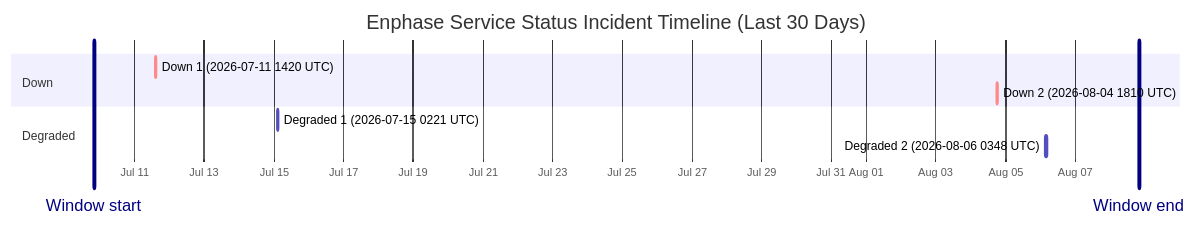
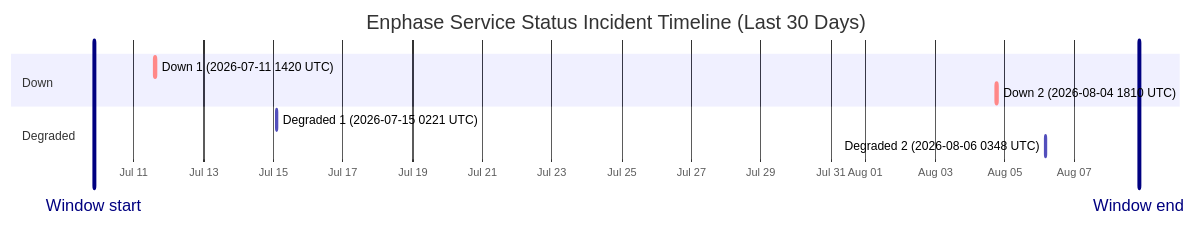
The diagram in wiki/Service-Status-History.md (barneyonline/ha-enphase-energy), drawn with Mermaid before and after one commit. The commit also changed other lines of this file and 3 other files, not shown here.

````diff
--- a/wiki/Service-Status-History.md
+++ b/wiki/Service-Status-History.md
@@ -14,14 +14,14 @@
 ```mermaid
 gantt
     title Enphase Service Status Incident Timeline (Last 30 Days)
     dateFormat  YYYY-MM-DDTHH:mm:ss
     axisFormat  %b %d
-    Window start :vert, window-start, 2026-07-09T19:55:37, 0ms
-    Window end :vert, window-end, 2026-08-08T19:55:37, 0ms
+    Window start :vert, window-start, 2026-07-09T20:28:15, 0ms
+    Window end :vert, window-end, 2026-08-08T20:28:15, 0ms
     section Down
     Down 1 (2026-07-11 1420 UTC) :crit, down-1, 2026-07-11T14:20:54, 69m
     Down 2 (2026-08-04 1810 UTC) :crit, down-2, 2026-08-04T18:10:46, 60m
     section Degraded
     Degraded 1 (2026-07-15 0221 UTC) :active, degraded-1, 2026-07-15T02:21:35, 60m
     Degraded 2 (2026-08-06 0348 UTC) :active, degraded-2, 2026-08-06T03:48:14, 60m
 ```
````
